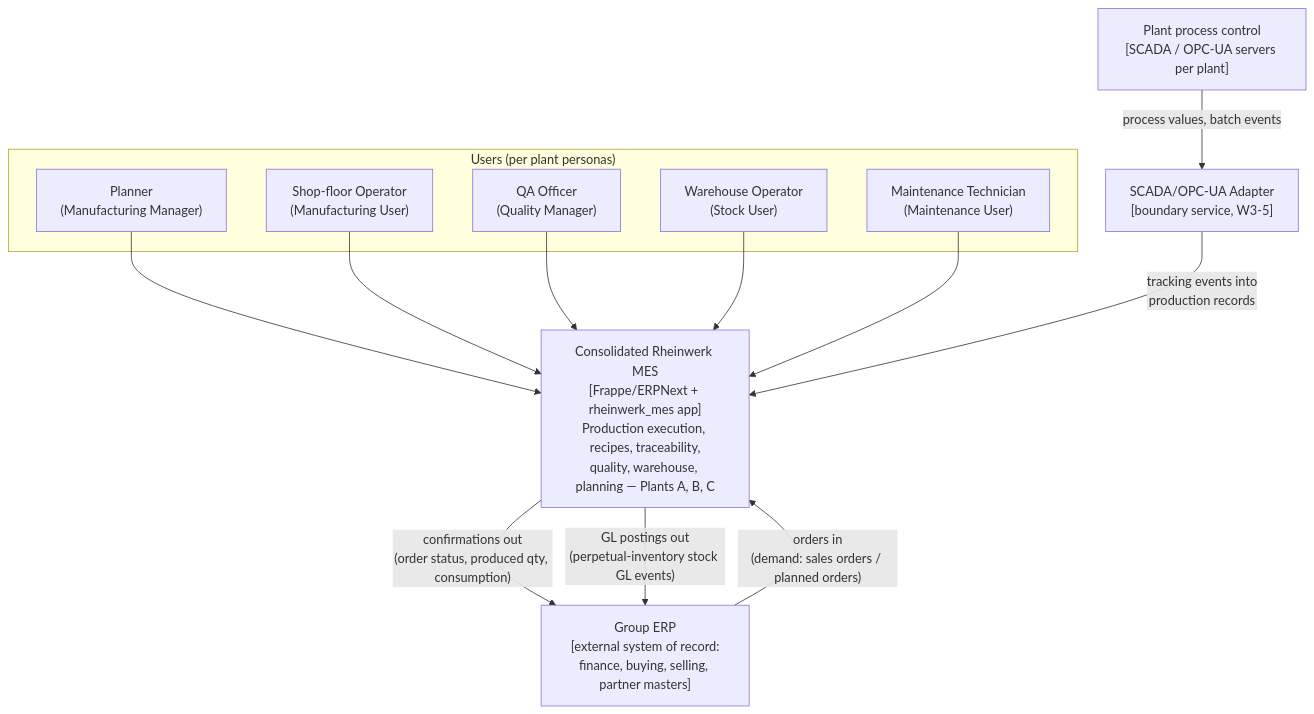
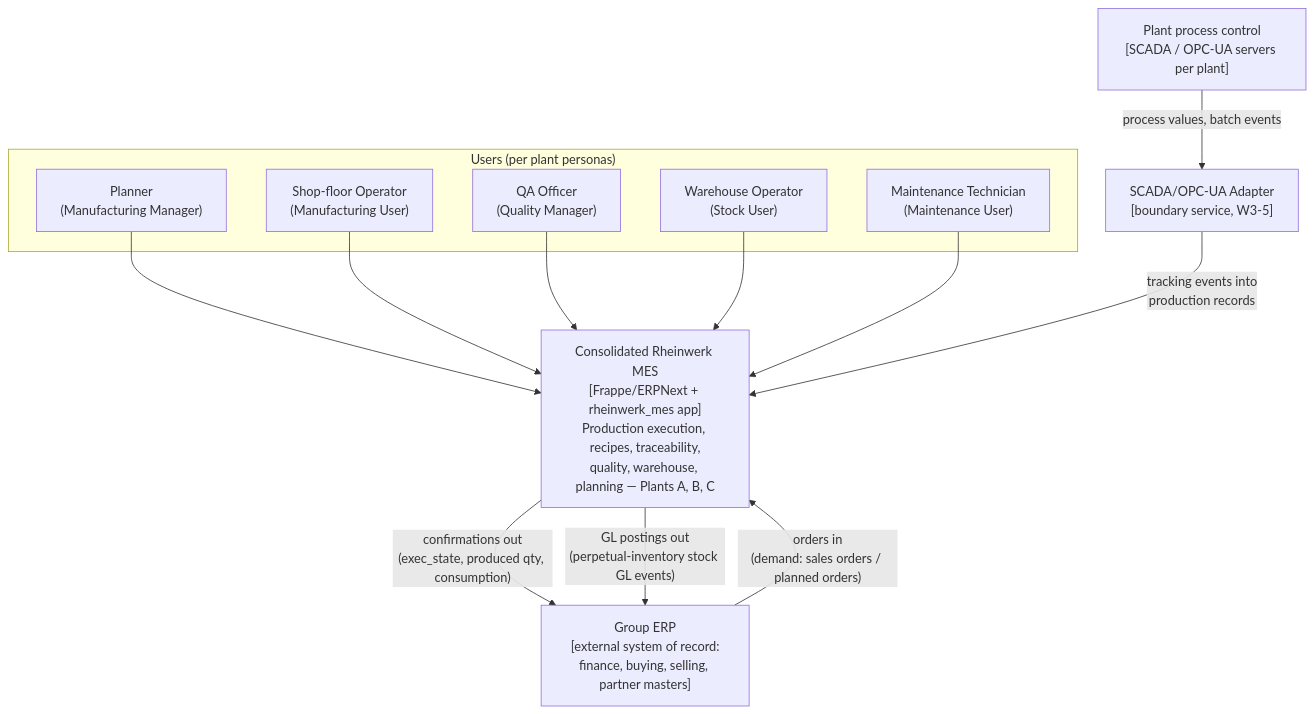
The first of 3 diagrams in docs/design/HLD.md (SachetCognition/rheinwerk-mes-core), drawn with Mermaid before and after one commit. The commit also changed 1 other file, not shown here.

Commit message:
Design review fixes: G2 pseudocode split, G7 override mechanism, Genealogy Link ownership note, ADR-004 vocabulary in context diagram

````diff
--- a/docs/design/HLD.md
+++ b/docs/design/HLD.md
@@ -13,28 +13,28 @@
 ```mermaid
 flowchart TB
     subgraph users["Users (per plant personas)"]
         planner["Planner<br/>(Manufacturing Manager)"]
         operator["Shop-floor Operator<br/>(Manufacturing User)"]
         qa["QA Officer<br/>(Quality Manager)"]
         wh["Warehouse Operator<br/>(Stock User)"]
         maint["Maintenance Technician<br/>(Maintenance User)"]
     end
 
     mes["Consolidated Rheinwerk MES<br/>[Frappe/ERPNext + rheinwerk_mes app]<br/>Production execution, recipes, traceability,<br/>quality, warehouse, planning — Plants A, B, C"]
 
     erp["Group ERP<br/>[external system of record:<br/>finance, buying, selling, partner masters]"]
     scada["Plant process control<br/>[SCADA / OPC-UA servers per plant]"]
 
     planner --> mes
     operator --> mes
     qa --> mes
     wh --> mes
     maint --> mes
 
     erp -- "orders in<br/>(demand: sales orders / planned orders)" --> mes
-    mes -- "confirmations out<br/>(order status, produced qty, consumption)" --> erp
+    mes -- "confirmations out<br/>(exec_state, produced qty, consumption)" --> erp
     mes -- "GL postings out<br/>(perpetual-inventory stock GL events)" --> erp
 
     scada -- "process values, batch events" --> adapter["SCADA/OPC-UA Adapter<br/>[boundary service, W3-5]"]
     adapter -- "tracking events into<br/>production records" --> mes
 ```
````
